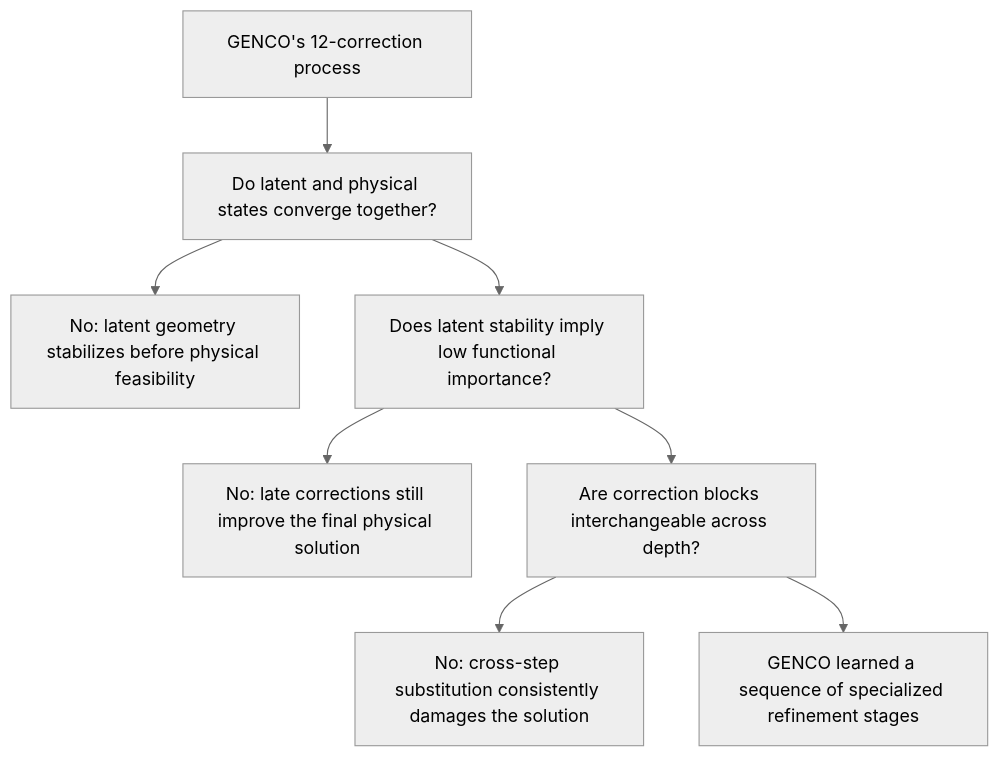
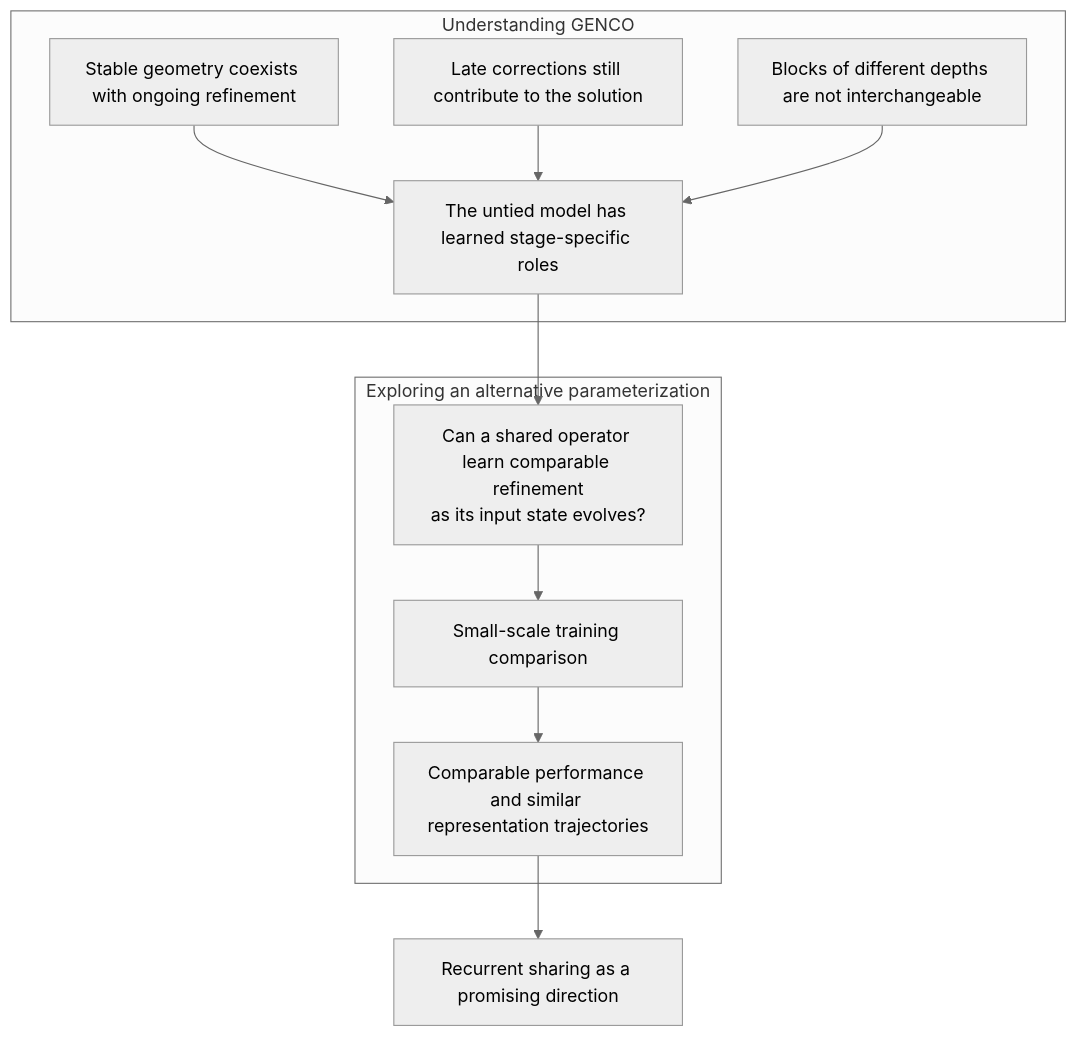
The diagram in docs/research-summary.md (NekoYellow/inside-genco), drawn with Mermaid (neutral theme) before and after one commit. The commit also changed other lines of this file, not shown here.

````diff
--- a/docs/research-summary.md
+++ b/docs/research-summary.md
@@ -15,10 +17,17 @@
 ```mermaid
 flowchart TD
-    A["GENCO's 12-correction process"] --> B["Do latent and physical states converge together?"]
-    B --> C["No: latent geometry stabilizes before physical feasibility"]
-    B --> D["Does latent stability imply low functional importance?"]
-    D --> E["No: late corrections still improve the final physical solution"]
-    D --> F["Are correction blocks interchangeable across depth?"]
-    F --> G["No: cross-step substitution consistently damages the solution"]
-    F --> H["GENCO learned a sequence of specialized refinement stages"]
+    subgraph released["Understanding GENCO"]
+        A["Stable geometry coexists with ongoing refinement"]
+        B["Late corrections still contribute to the solution"]
+        C["Blocks of different depths are not interchangeable"]
+        A --> D["The untied model has learned stage-specific roles"]
+        B --> D
+        C --> D
+    end
+    D --> Q["Can a shared operator learn comparable refinement<br/>as its input state evolves?"]
+    subgraph sharing["Exploring an alternative parameterization"]
+        Q --> E["Small-scale training comparison"]
+        E --> F["Comparable performance and similar representation trajectories"]
+    end
+    F --> G["Recurrent sharing as a promising direction"]
 ```
````
